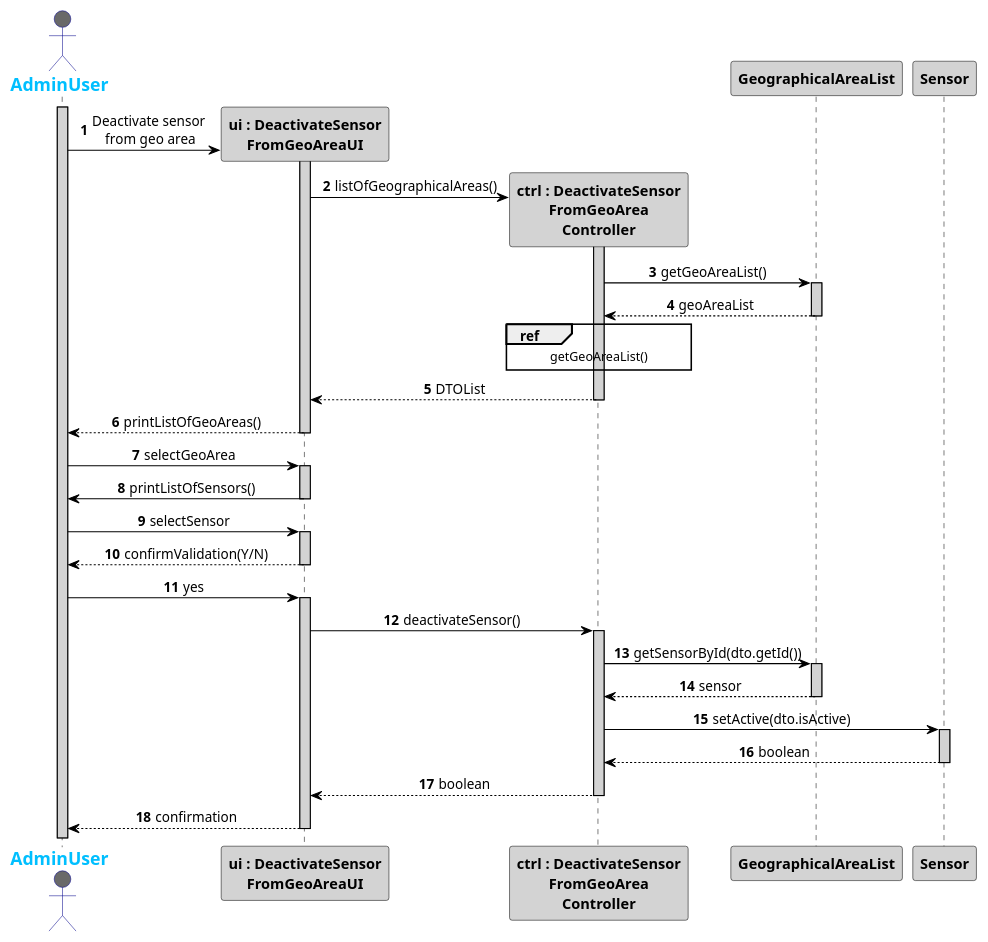
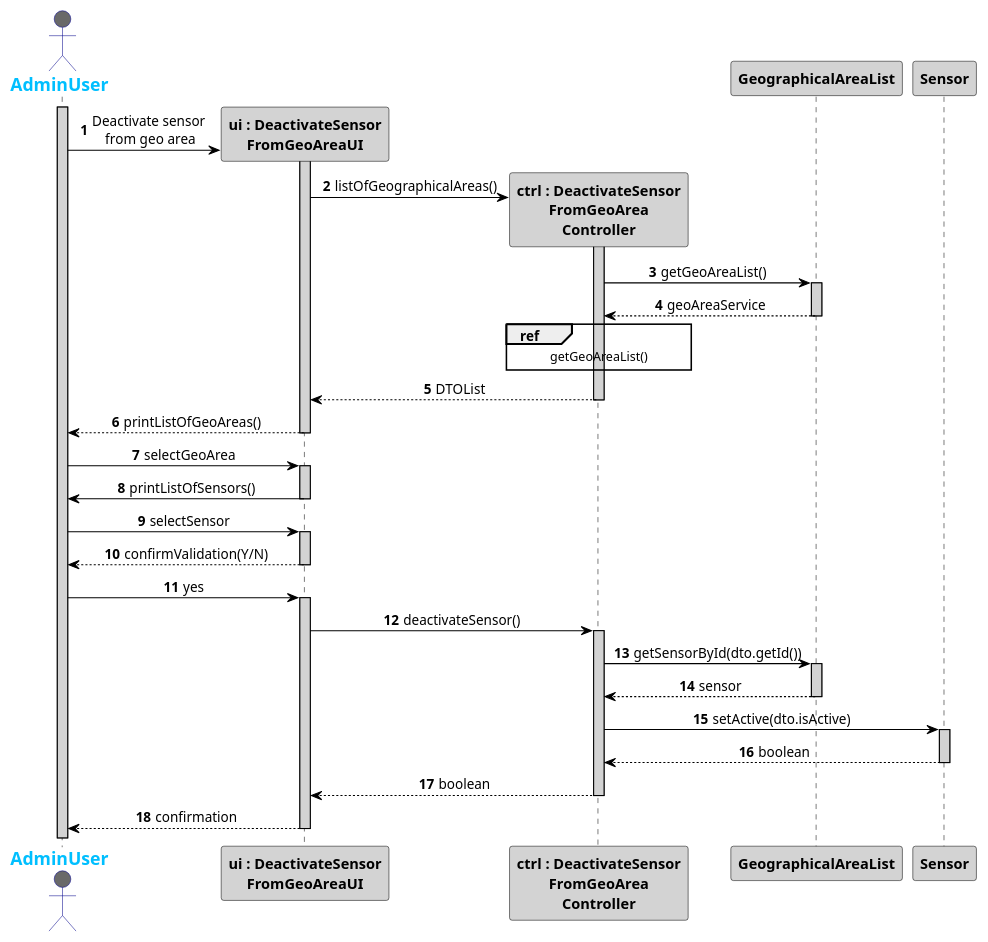
One commit to 1181687/hateoasToy changed the diagram in src/main/java/pt/ipp/isep/dei/project/controllers/deactivatesensorfromgeoarea/SD_DeactivateSensorFromGeoArea.puml. Above: the diagram before and after it, drawn with PlantUML. The commit also changed 7 other files, not shown here.

```diff
--- a/src/main/java/pt/ipp/isep/dei/project/controllers/deactivatesensorfromgeoarea/SD_DeactivateSensorFromGeoArea.puml
+++ b/src/main/java/pt/ipp/isep/dei/project/controllers/deactivatesensorfromgeoarea/SD_DeactivateSensorFromGeoArea.puml
@@ -1,75 +1,75 @@
 @startuml
 autonumber
 skinparam sequenceMessageAlign center
 skinparam sequence {
 	ArrowColor Black
 	ActorBorderColor DarkBlue
 	LifeLineBorderColor black
 	LifeLineBackgroundColor LightGrey
 
 	ParticipantBorderColor Black
 	ParticipantBackgroundColor LightGrey
 	ParticipantFontStyle Bold
 
 	ActorBackgroundColor DimGrey
 	ActorFontColor DeepSkyBlue
 	ActorFontStyle Bold
 	ActorFontSize 17
 	ActorFontName Aapex
 }
 
 actor AdminUser
 activate AdminUser
 
 AdminUser -> "ui : DeactivateSensor\nFromGeoAreaUI" **: Deactivate sensor \nfrom geo area
 activate "ui : DeactivateSensor\nFromGeoAreaUI"
 "ui : DeactivateSensor\nFromGeoAreaUI" -> "ctrl : DeactivateSensor\nFromGeoArea\nController" **: listOfGeographicalAreas()
 activate "ctrl : DeactivateSensor\nFromGeoArea\nController"
 
 "ctrl : DeactivateSensor\nFromGeoArea\nController" -> "GeographicalAreaList": getGeoAreaList()
 activate "GeographicalAreaList"
-"GeographicalAreaList" --> "ctrl : DeactivateSensor\nFromGeoArea\nController": geoAreaList
+"GeographicalAreaList" --> "ctrl : DeactivateSensor\nFromGeoArea\nController": geoAreaService
 ref over "ctrl : DeactivateSensor\nFromGeoArea\nController"
 getGeoAreaList()
 end
 
 deactivate "GeographicalAreaList"
 "ctrl : DeactivateSensor\nFromGeoArea\nController" --> "ui : DeactivateSensor\nFromGeoAreaUI": DTOList
 deactivate "ctrl : DeactivateSensor\nFromGeoArea\nController"
 "ui : DeactivateSensor\nFromGeoAreaUI" --> AdminUser : printListOfGeoAreas()
 deactivate "ui : DeactivateSensor\nFromGeoAreaUI"
 AdminUser -> "ui : DeactivateSensor\nFromGeoAreaUI": selectGeoArea
 activate "ui : DeactivateSensor\nFromGeoAreaUI"
 "ui : DeactivateSensor\nFromGeoAreaUI" -> AdminUser: printListOfSensors()
 deactivate "ui : DeactivateSensor\nFromGeoAreaUI"
 "ui : DeactivateSensor\nFromGeoAreaUI" <- AdminUser: selectSensor
 activate "ui : DeactivateSensor\nFromGeoAreaUI"
 "ui : DeactivateSensor\nFromGeoAreaUI" --> AdminUser: confirmValidation(Y/N)
 deactivate "ui : DeactivateSensor\nFromGeoAreaUI"
 AdminUser -> "ui : DeactivateSensor\nFromGeoAreaUI": yes
 activate "ui : DeactivateSensor\nFromGeoAreaUI"
 "ui : DeactivateSensor\nFromGeoAreaUI" -> "ctrl : DeactivateSensor\nFromGeoArea\nController": deactivateSensor()
 
 activate "ctrl : DeactivateSensor\nFromGeoArea\nController"
 "ctrl : DeactivateSensor\nFromGeoArea\nController" -> "GeographicalAreaList" : getSensorById(dto.getId())
 activate "GeographicalAreaList"
 "GeographicalAreaList" --> "ctrl : DeactivateSensor\nFromGeoArea\nController": sensor
 deactivate "GeographicalAreaList"
 "ctrl : DeactivateSensor\nFromGeoArea\nController" -> Sensor: setActive(dto.isActive)
 activate Sensor
 Sensor --> "ctrl : DeactivateSensor\nFromGeoArea\nController": boolean
 deactivate Sensor
 "ctrl : DeactivateSensor\nFromGeoArea\nController" --> "ui : DeactivateSensor\nFromGeoAreaUI": boolean
 deactivate "ctrl : DeactivateSensor\nFromGeoArea\nController"
 "ui : DeactivateSensor\nFromGeoAreaUI" --> AdminUser: confirmation
 deactivate "ui : DeactivateSensor\nFromGeoAreaUI"
 
 
 
 
 
 
 
 
 
 @enduml
```
